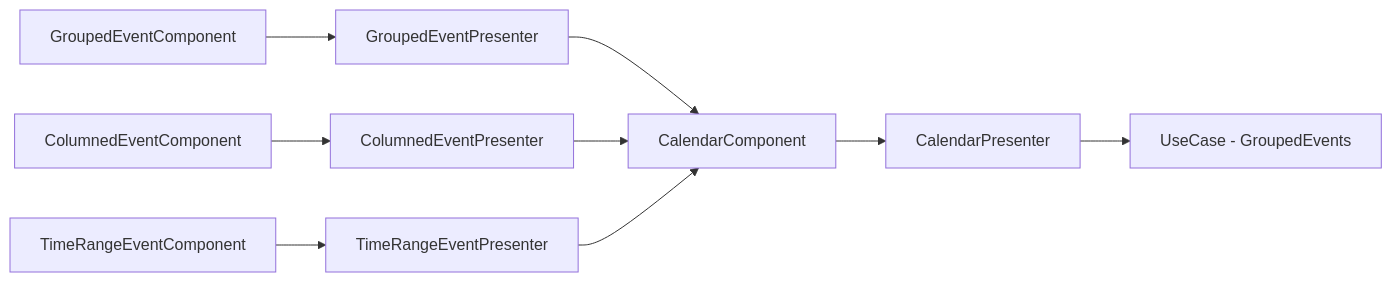
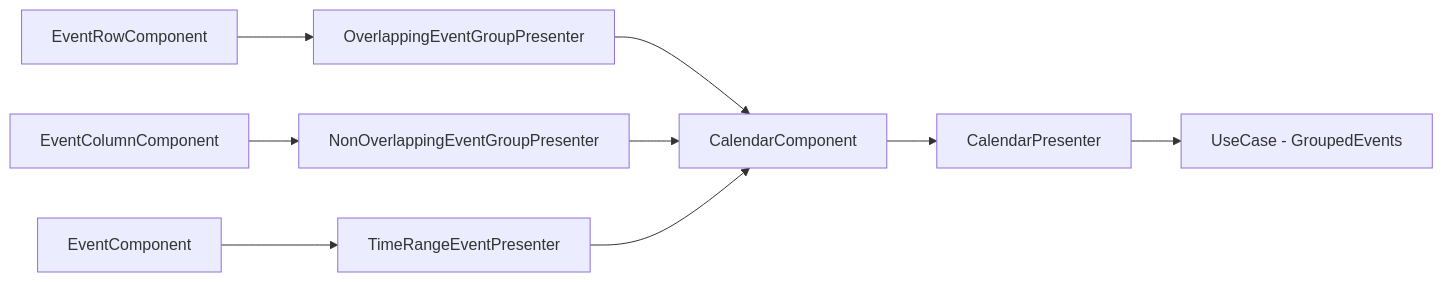
One commit to Zelcider/planity-test changed the first of 2 diagrams in README.md. Above: the diagram before and after it, drawn with Mermaid. The commit also changed other lines of this file, not shown here.

````diff
--- a/README.md
+++ b/README.md
@@ -20,11 +20,11 @@
 ```mermaid
 graph LR
-    B[GroupedEventComponent] --> C[GroupedEventPresenter]
-    E[ColumnedEventComponent] --> F[ColumnedEventPresenter]
-    H[TimeRangeEventComponent] --> I[TimeRangeEventPresenter]
+    B[EventRowComponent] --> C[OverlappingEventGroupPresenter]
+    E[EventColumnComponent] --> F[NonOverlappingEventGroupPresenter]
+    H[EventComponent] --> I[TimeRangeEventPresenter]
     K --> J[CalendarPresenter]
     C --> K[CalendarComponent]
     F --> K
     I --> K
     J --> L[UseCase - GroupedEvents]
 ```
````
